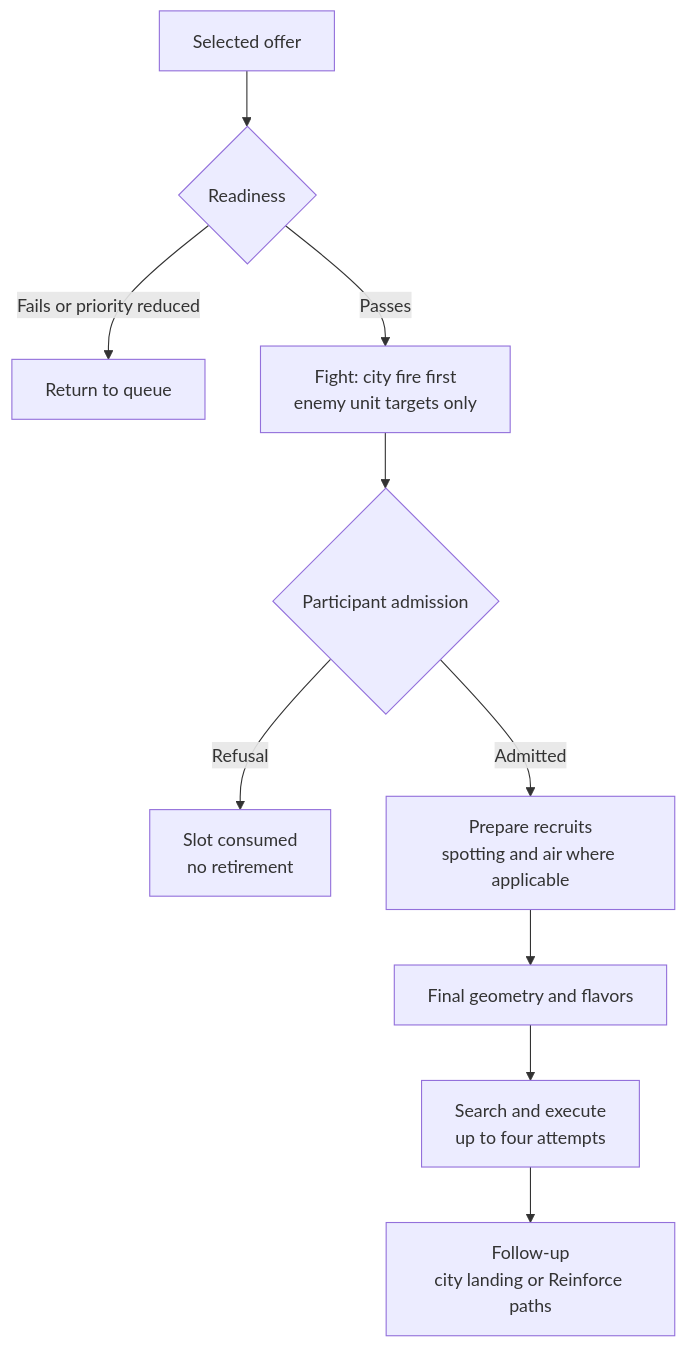
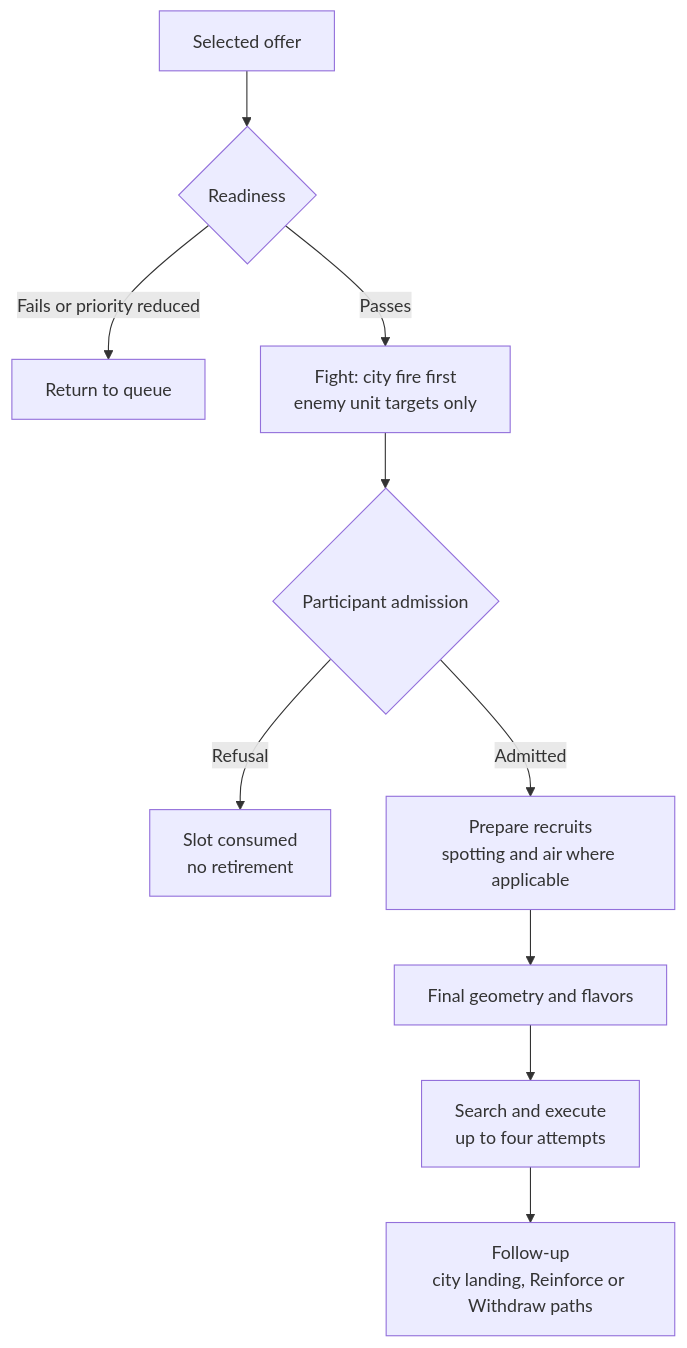
One commit to vox-deorum/vox-deorum changed the diagram in docs/developers/civ5-dll/unit-ai/commands/execution.md. Above: the diagram before and after it, drawn with Mermaid. The commit also changed other lines of this file and 28 other files, not shown here.

````diff
--- a/docs/developers/civ5-dll/unit-ai/commands/execution.md
+++ b/docs/developers/civ5-dll/unit-ai/commands/execution.md
@@ -7,12 +7,12 @@
 ```mermaid
 flowchart TD
     O["Selected offer"] --> C{"Readiness"}
     C -->|Fails or priority reduced| Q["Return to queue"]
     C -->|Passes| F["Fight: city fire first<br/>enemy unit targets only"]
     F --> A{"Participant admission"}
     A -->|Refusal| R["Slot consumed<br/>no retirement"]
     A -->|Admitted| P["Prepare recruits<br/>spotting and air where applicable"]
     P --> S["Final geometry and flavors"]
     S --> E["Search and execute<br/>up to four attempts"]
-    E --> M["Follow-up<br/>city landing or Reinforce paths"]
+    E --> M["Follow-up<br/>city landing, Reinforce or Withdraw paths"]
 ```
````
